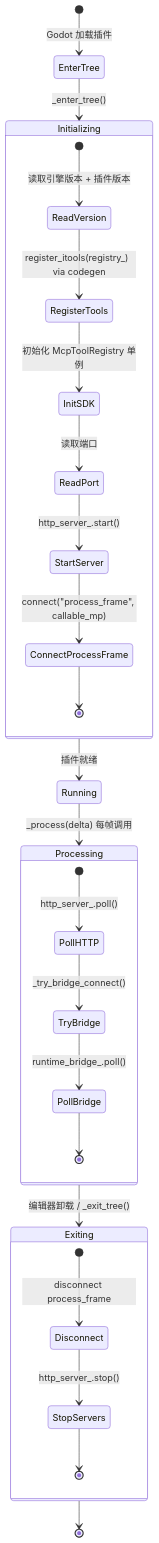
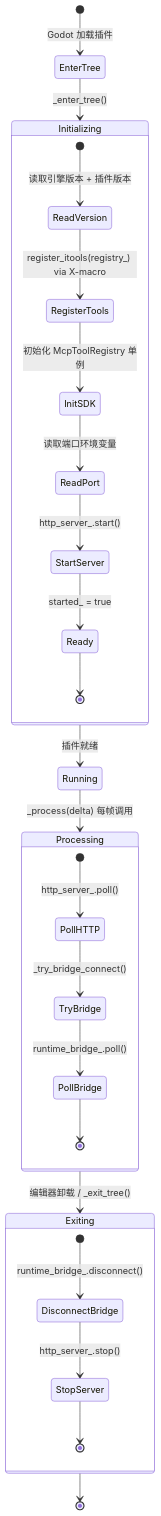
Before and after one commit to jesspig/GodotMCP-GDExtension: the diagram in .repo_wiki/modules/editor-plugin.md, drawn with Mermaid. The commit also changed other lines of this file and 33 other files, not shown here.

````diff
--- a/.repo_wiki/modules/editor-plugin.md
+++ b/.repo_wiki/modules/editor-plugin.md
@@ -7,37 +7,37 @@
 ```mermaid
 stateDiagram-v2
     [*] --> EnterTree: Godot 加载插件
     
     EnterTree --> Initializing: _enter_tree()
     
     state Initializing {
         [*] --> ReadVersion: 读取引擎版本 + 插件版本
-        ReadVersion --> RegisterTools: register_itools(registry_)  via codegen
+        ReadVersion --> RegisterTools: register_itools(registry_) via X-macro
         RegisterTools --> InitSDK: 初始化 McpToolRegistry 单例
-        InitSDK --> ReadPort: 读取端口
+        InitSDK --> ReadPort: 读取端口环境变量
         ReadPort --> StartServer: http_server_.start()
-        StartServer --> ConnectProcessFrame: connect("process_frame", callable_mp)
-        ConnectProcessFrame --> [*]
+        StartServer --> Ready: started_ = true
+        Ready --> [*]
     }
     
     Initializing --> Running: 插件就绪
     
     Running --> Processing: _process(delta) 每帧调用
     
     state Processing {
         [*] --> PollHTTP: http_server_.poll()
         PollHTTP --> TryBridge: _try_bridge_connect()
         TryBridge --> PollBridge: runtime_bridge_.poll()
         PollBridge --> [*]
     }
     
     Processing --> Exiting: 编辑器卸载 / _exit_tree()
     
     state Exiting {
-        [*] --> Disconnect: disconnect process_frame
-        Disconnect --> StopServers: http_server_.stop()
-        StopServers --> [*]
+        [*] --> DisconnectBridge: runtime_bridge_.disconnect()
+        DisconnectBridge --> StopServer: http_server_.stop()
+        StopServer --> [*]
     }
     
     Exiting --> [*]
 ```
````
